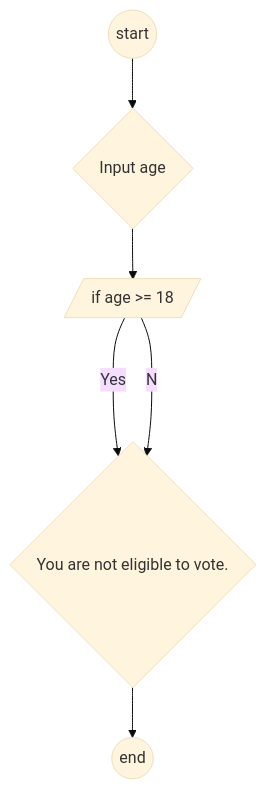
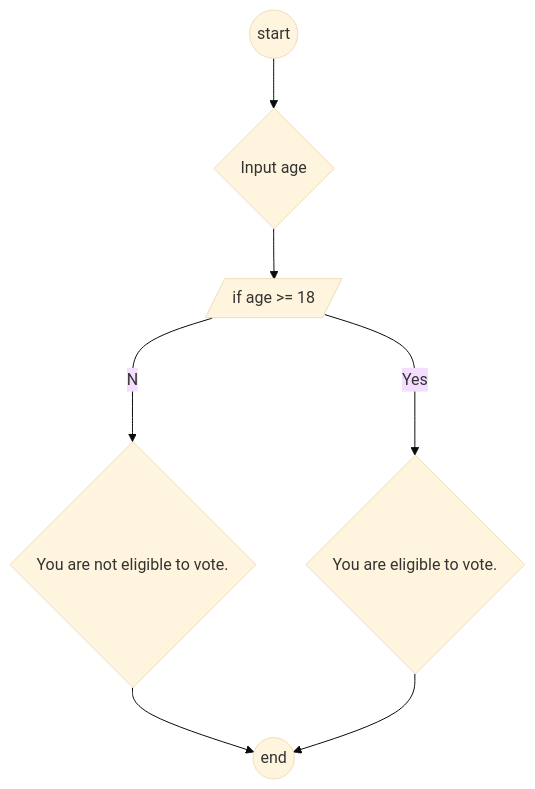
The diagram in Exercise1.md (ihabau/Lexicon-lesson3-flowcharts), drawn with Mermaid (base theme) before and after one commit.

Commit message:
repairing flowchart maybe

````diff
--- a/Exercise1.md
+++ b/Exercise1.md
@@ -22,8 +22,9 @@
 ```mermaid
 graph TD
 A((start)) --> B{Input age}
 B --> C[/if age >= 18/]
 C --Yes--> D{You are eligible to vote.}
-C --No--> D{You are not eligible to vote.}
-D --> E((end))
+C --No--> E{You are not eligible to vote.}
+E --> F((end))
+D --> F((end))
 ```
````
